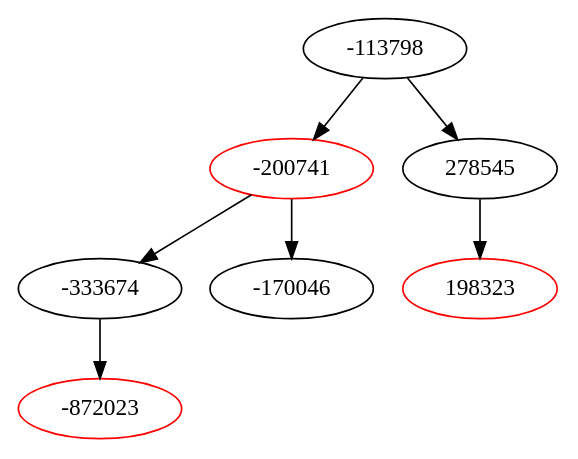
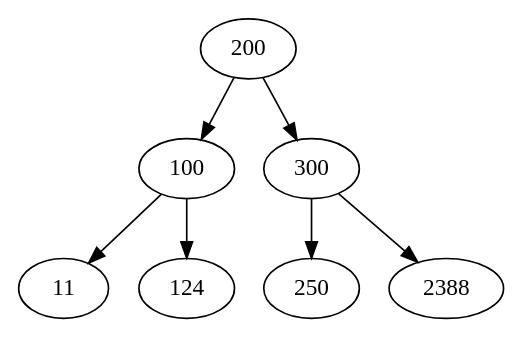
One commit to chopikus/ll-rb-tree changed the diagram in output.dot. Above: the diagram before and after it, drawn with Graphviz. The commit also changed 6 other files, not shown here.

```diff
--- a/output.dot
+++ b/output.dot
@@ -1,15 +1,15 @@
 digraph g {
-B [label=-113798, color = BLACK] 
-C [label=-200741, color = RED] 
-B-> C
-H [label=-333674, color = BLACK] 
-C-> H
-F [label=-872023, color = RED] 
-H-> F
-E [label=-170046, color = BLACK] 
-C-> E
-D [label=278545, color = BLACK] 
+B [label=200, color = BLACK] 
+A [label=100, color = BLACK] 
+B-> A
+H [label=11, color = BLACK] 
+A-> H
+F [label=124, color = BLACK] 
+A-> F
+D [label=300, color = BLACK] 
 B-> D
-G [label=198323, color = RED] 
+E [label=250, color = BLACK] 
+D-> E
+G [label=2388, color = BLACK] 
 D-> G
 }
```
